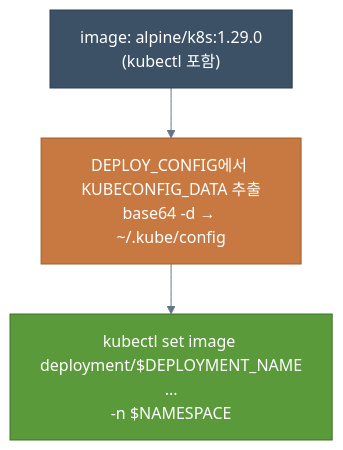
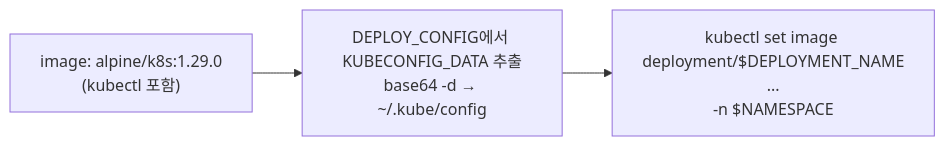
The sixth of 8 diagrams in posts/study/infra/gitlab-cicd-guide.md (Seobway23/Seobway23.github.io), drawn with Mermaid before and after one commit. The commit also changed other lines of this file and 21 other files, not shown here.

Commit message:
:sparkles: mermaid, code,inline edit

````diff
--- a/posts/study/infra/gitlab-cicd-guide.md
+++ b/posts/study/infra/gitlab-cicd-guide.md
@@ -256,17 +225,12 @@
 ```mermaid
-%%{init: {'theme': 'base', 'themeVariables': {'primaryColor': '#5a9a3a', 'primaryTextColor': '#fff', 'primaryBorderColor': '#3d7228', 'lineColor': '#64748b', 'edgeLabelBackground': '#eef2f7'}}}%%
-flowchart TD
+%% desc: deploy 잡 상세 — kubeconfig 복원 후 kubectl로 K3s Deployment 이미지 교체
+flowchart LR
     ENV["image: alpine/k8s:1.29.0\n(kubectl 포함)"]
     KUBE["DEPLOY_CONFIG에서 KUBECONFIG_DATA 추출\nbase64 -d → ~/.kube/config"]
     DEPLOY["kubectl set image deployment/$DEPLOYMENT_NAME\n...\n-n $NAMESPACE"]
 
     ENV --> KUBE --> DEPLOY
 
-    classDef env fill:#3d5166,stroke:#2c3e50,color:#fff
-    classDef kube fill:#c87941,stroke:#9e5e2e,color:#fff
-    classDef deploy fill:#5a9a3a,stroke:#3d7228,color:#fff
 
-    class ENV env
-    class KUBE kube
-    class DEPLOY deploy
+
 ```
````
